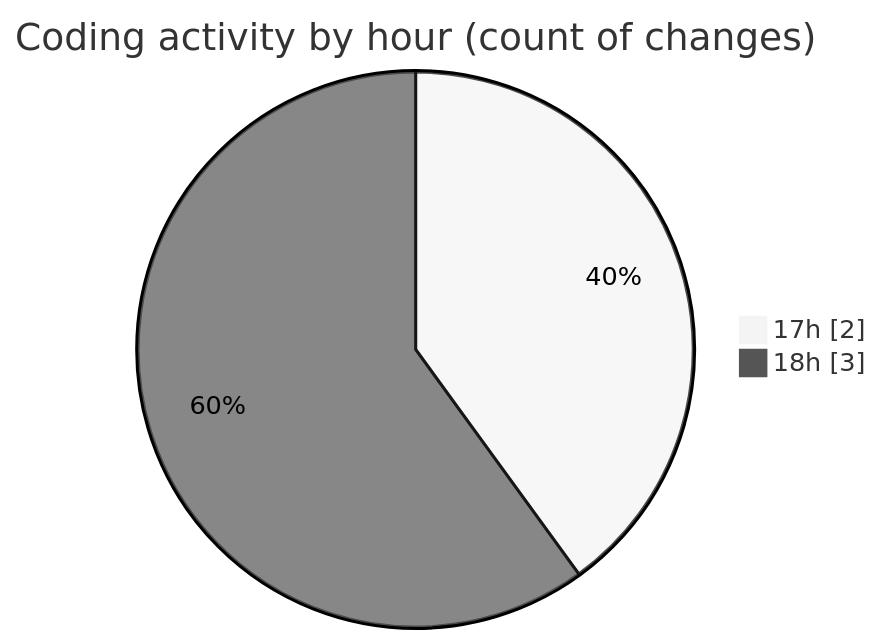
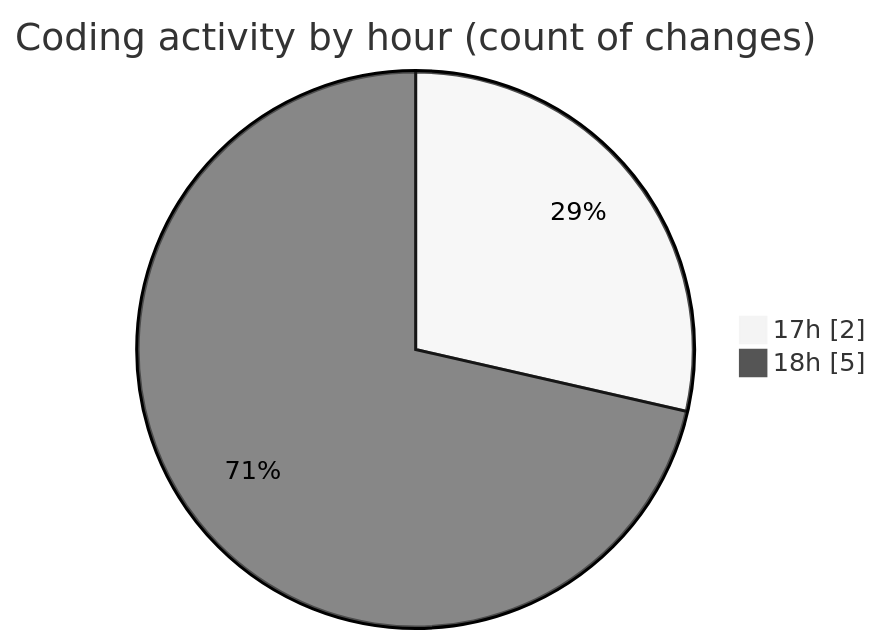
The second of 2 diagrams in 2025-08-06/pif/README.md (NitaiMahat/code-tracking), drawn with Mermaid (neutral theme) before and after one commit. The commit also changed other lines of this file and 1 other file, not shown here.

````diff
--- a/2025-08-06/pif/README.md
+++ b/2025-08-06/pif/README.md
@@ -29,6 +29,6 @@
 ```mermaid
 pie showData
 title Coding activity by hour (count of changes)
 "17h" : 2
-"18h" : 3
+"18h" : 5
 ```
````
